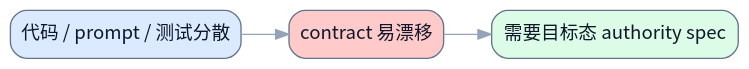
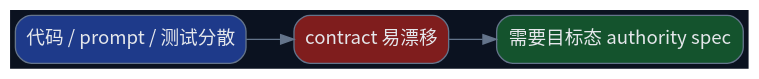
One commit to terencefan/inority-workspace changed the first of 3 diagrams in skills/write-doc/tests/assets/reference-llm-spec.md. Above: the diagram before and after it, drawn with Graphviz. The commit also changed other lines of this file and 45 other files, not shown here.

````diff
--- a/skills/write-doc/tests/assets/reference-llm-spec.md
+++ b/skills/write-doc/tests/assets/reference-llm-spec.md
@@ -18,12 +18,12 @@
 ```dot
 digraph CurrentNeed {
   rankdir=LR;
-  graph [bgcolor="transparent", fontname="Noto Sans CJK SC"];
-  node [fontname="Noto Sans CJK SC", shape=box, style="rounded,filled", color="#64748b", fontcolor="#0f172a", fillcolor="#f8fafc"];
-  edge [fontname="Noto Sans CJK SC", color="#94a3b8", fontcolor="#94a3b8"];
-  a [label="代码 / prompt / 测试分散", fillcolor="#dbeafe"];
-  b [label="contract 易漂移", fillcolor="#fecaca"];
-  c [label="需要目标态 authority spec", fillcolor="#dcfce7"];
+  graph [bgcolor="#0b1220", fontname="Noto Sans CJK SC"];
+  node [fontname="Noto Sans CJK SC", shape=box, style="rounded,filled", color="#64748b", fontcolor="#e5e7eb", fillcolor="#0f172a"];
+  edge [fontname="Noto Sans CJK SC", color="#64748b", fontcolor="#64748b"];
+  a [label="代码 / prompt / 测试分散", fillcolor="#1e3a8a"];
+  b [label="contract 易漂移", fillcolor="#7f1d1d"];
+  c [label="需要目标态 authority spec", fillcolor="#14532d"];
   a -> b -> c;
 }
 ```
````
